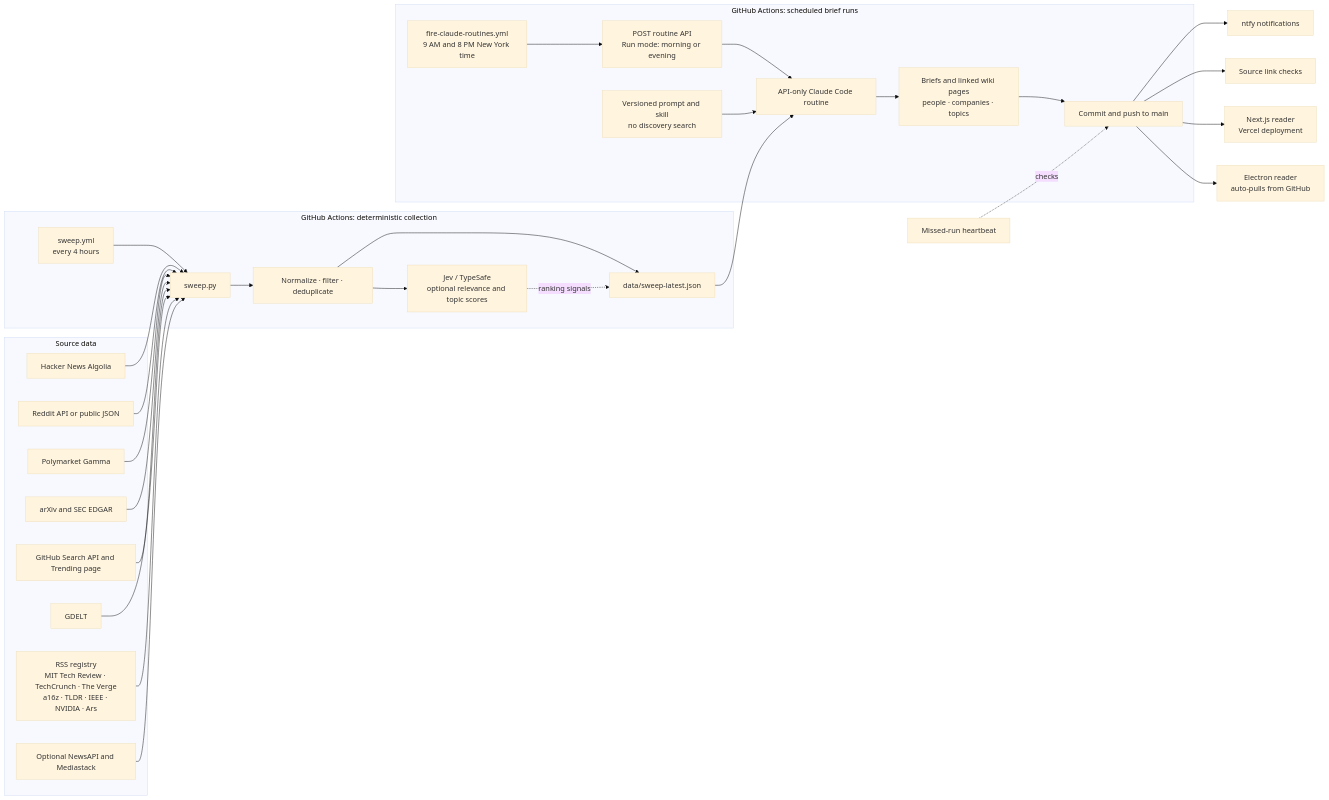
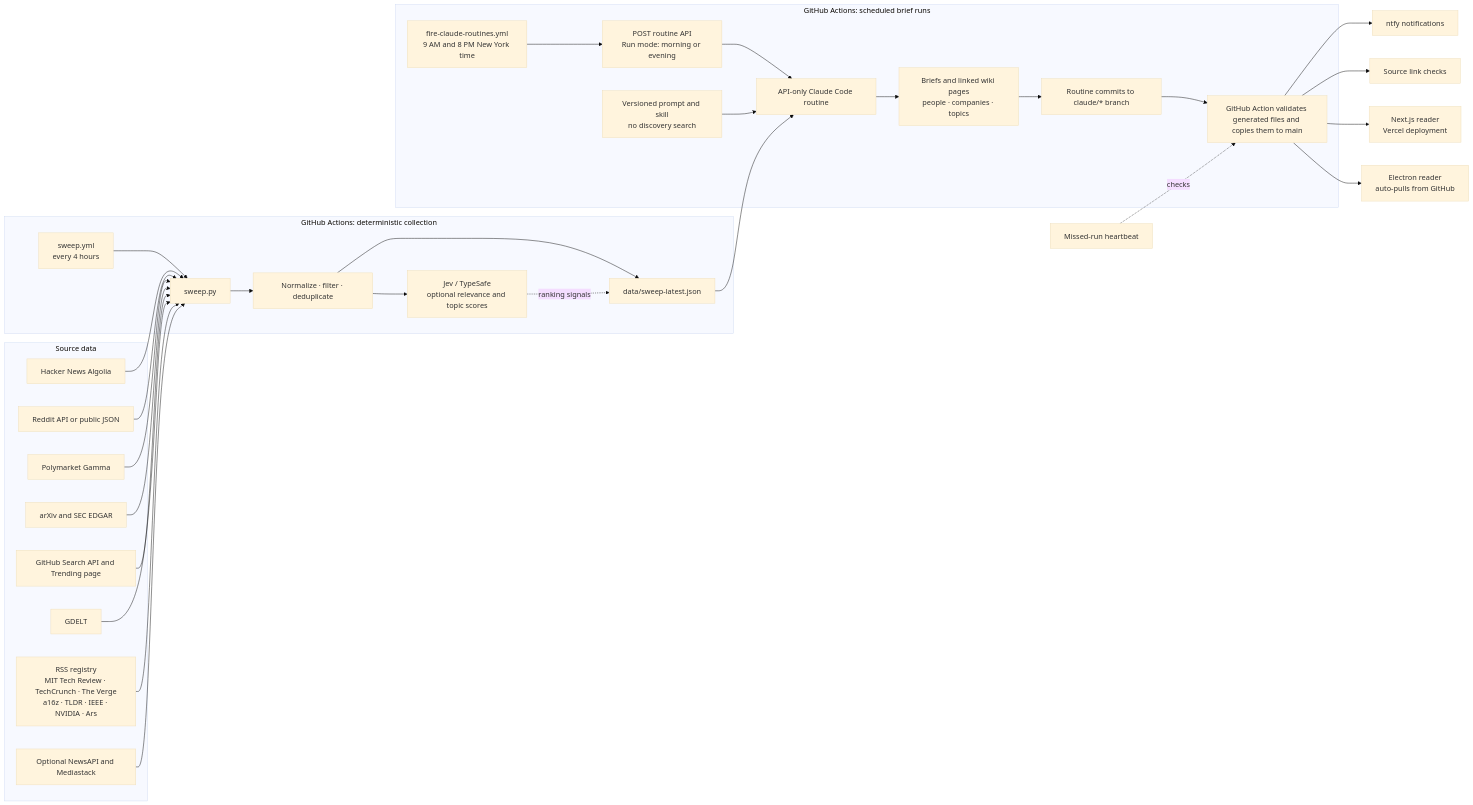
One commit to krish-shahh/ai-intel changed the diagram in README.md. Above: the diagram before and after it, drawn with Mermaid (base theme). The commit also changed other lines of this file and 6 other files, not shown here.

Commit message:
Publish Claude routine briefs to main

````diff
--- a/README.md
+++ b/README.md
@@ -8,45 +8,46 @@
 ```mermaid
 flowchart LR
   subgraph Sources[Source data]
     HN[Hacker News Algolia]
     Reddit[Reddit API or public JSON]
     Poly[Polymarket Gamma]
     Research[arXiv and SEC EDGAR]
     GitHub[GitHub Search API and Trending page]
     News[GDELT]
     RSS[RSS registry<br/>MIT Tech Review · TechCrunch · The Verge<br/>a16z · TLDR · IEEE · NVIDIA · Ars]
     Paid[Optional NewsAPI and Mediastack]
   end
 
   subgraph Collect[GitHub Actions: deterministic collection]
     SweepClock[sweep.yml<br/>every 4 hours] --> Script[sweep.py]
     Script --> Fresh[Normalize · filter · deduplicate]
     Fresh --> Jev[Jev / TypeSafe<br/>optional relevance and topic scores]
     Fresh --> Records[data/sweep-latest.json]
     Jev -. ranking signals .-> Records
   end
 
   HN --> Script
   Reddit --> Script
   Poly --> Script
   Research --> Script
   GitHub --> Script
   News --> Script
   RSS --> Script
   Paid --> Script
 
   subgraph Briefs[GitHub Actions: scheduled brief runs]
     Clock[fire-claude-routines.yml<br/>9 AM and 8 PM New York time] --> Fire[POST routine API<br/>Run mode: morning or evening]
     Fire --> Claude[API-only Claude Code routine]
     Prompt[Versioned prompt and skill<br/>no discovery search] --> Claude
     Records --> Claude
     Claude --> Output[Briefs and linked wiki pages<br/>people · companies · topics]
-    Output --> Push[Commit and push to main]
+    Output --> Branch[Routine commits to claude/* branch]
+    Branch --> Publish[GitHub Action validates generated files and copies them to main]
   end
 
-  Push --> Notify[ntfy notifications]
-  Push --> Linkcheck[Source link checks]
-  Heartbeat[Missed-run heartbeat] -. checks .-> Push
-  Push --> Web[Next.js reader<br/>Vercel deployment]
-  Push --> Desktop[Electron reader<br/>auto-pulls from GitHub]
+  Publish --> Notify[ntfy notifications]
+  Publish --> Linkcheck[Source link checks]
+  Heartbeat[Missed-run heartbeat] -. checks .-> Publish
+  Publish --> Web[Next.js reader<br/>Vercel deployment]
+  Publish --> Desktop[Electron reader<br/>auto-pulls from GitHub]
 ```
````
